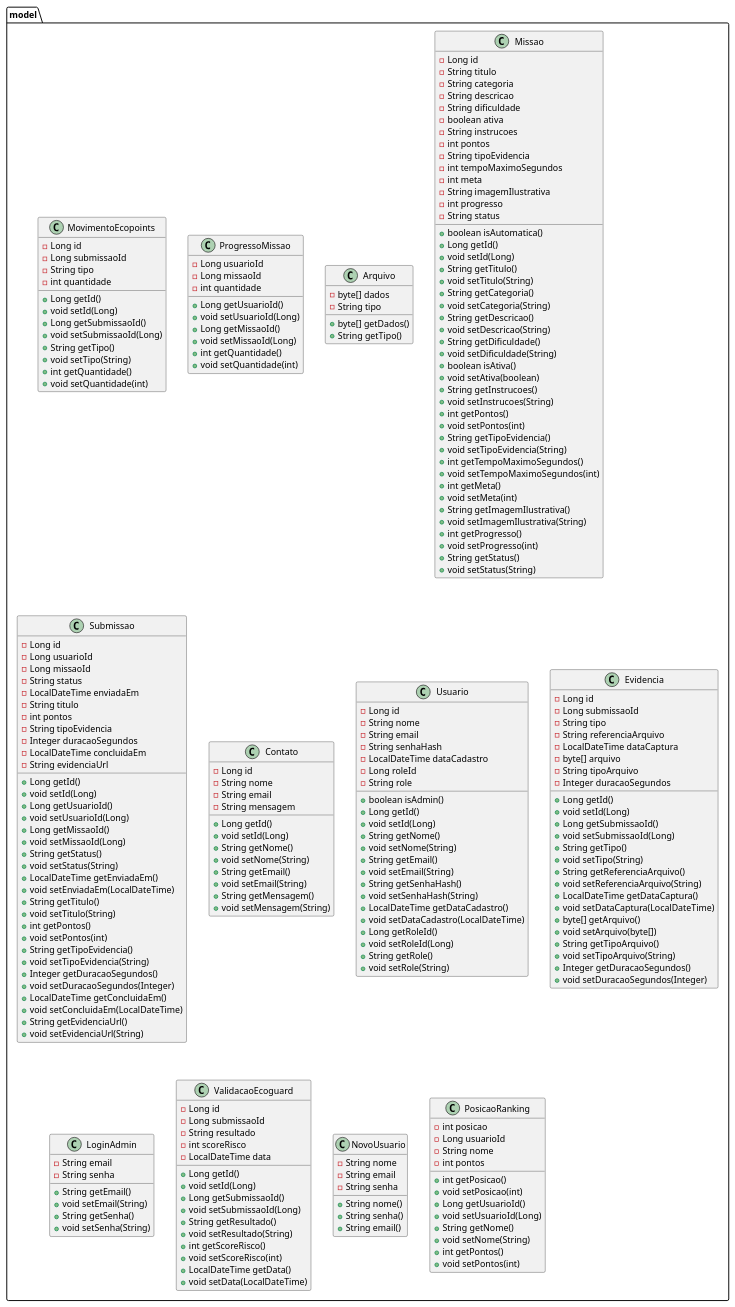
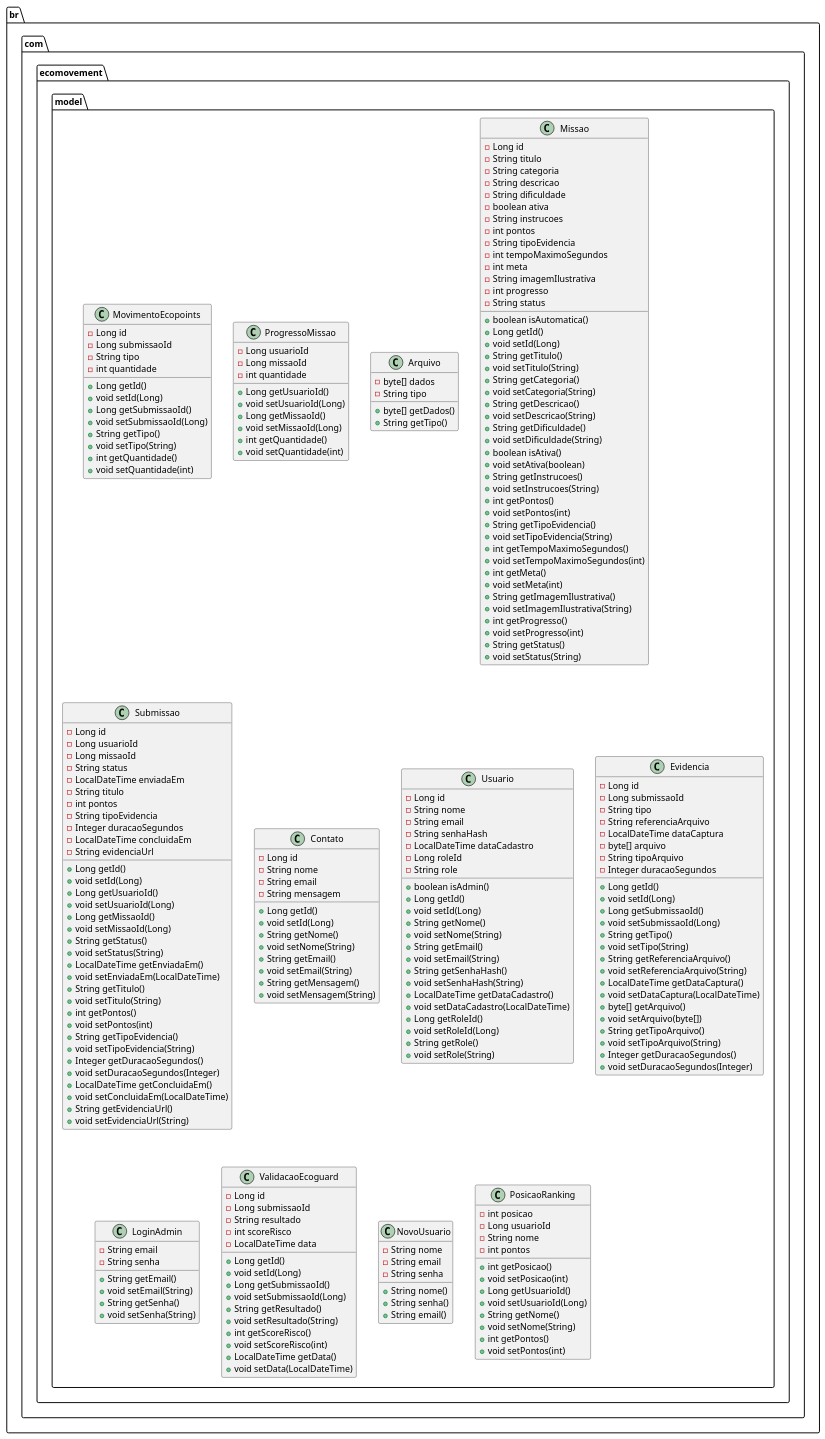
Before and after one commit to FabioCAlmeida/EcoMovement-API: the diagram in model_diagram.puml, drawn with PlantUML. The commit also changed 31 other files, not shown here.

```diff
--- a/model_diagram.puml
+++ b/model_diagram.puml
@@ -1,5 +1,5 @@
 @startuml
-class model.MovimentoEcopoints {
+class br.com.ecomovement.model.MovimentoEcopoints {
 - Long id
 - Long submissaoId
 - String tipo
@@ -15,7 +15,7 @@
 }
 
 
-class model.ProgressoMissao {
+class br.com.ecomovement.model.ProgressoMissao {
 - Long usuarioId
 - Long missaoId
 - int quantidade
@@ -28,7 +28,7 @@
 }
 
 
-class model.Arquivo {
+class br.com.ecomovement.model.Arquivo {
 - byte[] dados
 - String tipo
 + byte[] getDados()
@@ -36,7 +36,7 @@
 }
 
 
-class model.Missao {
+class br.com.ecomovement.model.Missao {
 - Long id
 - String titulo
 - String categoria
@@ -83,7 +83,7 @@
 }
 
 
-class model.Submissao {
+class br.com.ecomovement.model.Submissao {
 - Long id
 - Long usuarioId
 - Long missaoId
@@ -120,7 +120,7 @@
 }
 
 
-class model.Contato {
+class br.com.ecomovement.model.Contato {
 - Long id
 - String nome
 - String email
@@ -136,7 +136,7 @@
 }
 
 
-class model.Usuario {
+class br.com.ecomovement.model.Usuario {
 - Long id
 - String nome
 - String email
@@ -162,7 +162,7 @@
 }
 
 
-class model.Evidencia {
+class br.com.ecomovement.model.Evidencia {
 - Long id
 - Long submissaoId
 - String tipo
@@ -190,7 +190,7 @@
 }
 
 
-class model.LoginAdmin {
+class br.com.ecomovement.model.LoginAdmin {
 - String email
 - String senha
 + String getEmail()
@@ -200,7 +200,7 @@
 }
 
 
-class model.ValidacaoEcoguard {
+class br.com.ecomovement.model.ValidacaoEcoguard {
 - Long id
 - Long submissaoId
 - String resultado
@@ -219,7 +219,7 @@
 }
 
 
-class model.NovoUsuario {
+class br.com.ecomovement.model.NovoUsuario {
 - String nome
 - String email
 - String senha
@@ -229,7 +229,7 @@
 }
 
 
-class model.PosicaoRanking {
+class br.com.ecomovement.model.PosicaoRanking {
 - int posicao
 - Long usuarioId
 - String nome
```
